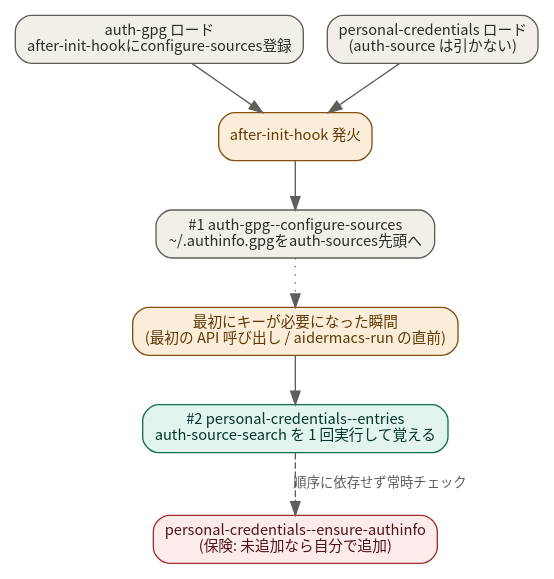
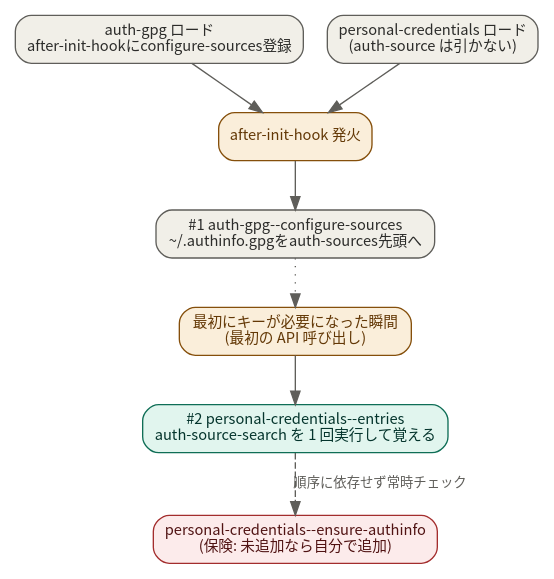
Before and after one commit to ac1965/.emacs.d: the eighth of 15 diagrams in README.org, drawn with Graphviz. The commit also changed other lines of this file and 8 other files, not shown here.

```diff
--- a/README.org
+++ b/README.org
@@ -1953,24 +1956,24 @@
 #+begin_src dot
 digraph auth_resolution {
   rankdir=TB;
   bgcolor="white";
   fontname="Noto Sans CJK JP";
   node [shape=box style="rounded,filled" fontname="Noto Sans CJK JP" fontsize=11 fillcolor="#F1EFE8" color="#5F5E5A" fontcolor="#2C2C2A"];
   edge [color="#5F5E5A" fontname="Noto Sans CJK JP" fontsize=10 fontcolor="#5F5E5A"];
 
   g1 [label="auth-gpg ロード\nafter-init-hookにconfigure-sources登録"];
   g2 [label="personal-credentials ロード\n(auth-source は引かない)"];
   fire [label="after-init-hook 発火" fillcolor="#FAEEDA" color="#854F0B" fontcolor="#633806"];
   s1 [label="#1 auth-gpg--configure-sources\n~/.authinfo.gpgをauth-sources先頭へ"];
-  use [label="最初にキーが必要になった瞬間\n(最初の API 呼び出し / aidermacs-run の直前)" fillcolor="#FAEEDA" color="#854F0B" fontcolor="#633806"];
+  use [label="最初にキーが必要になった瞬間\n(最初の API 呼び出し)" fillcolor="#FAEEDA" color="#854F0B" fontcolor="#633806"];
   s2 [label="#2 personal-credentials--entries\nauth-source-search を 1 回実行して覚える" fillcolor="#E1F5EE" color="#0F6E56" fontcolor="#04342C"];
   safety [label="personal-credentials--ensure-authinfo\n(保険: 未追加なら自分で追加)" fillcolor="#FCEBEB" color="#A32D2D" fontcolor="#501313"];
 
   g1 -> fire;
   g2 -> fire;
   fire -> s1;
   s1 -> use [style=dotted];
   use -> s2;
   s2 -> safety [style=dashed label="順序に依存せず常時チェック"];
 }
 #+end_src
```
